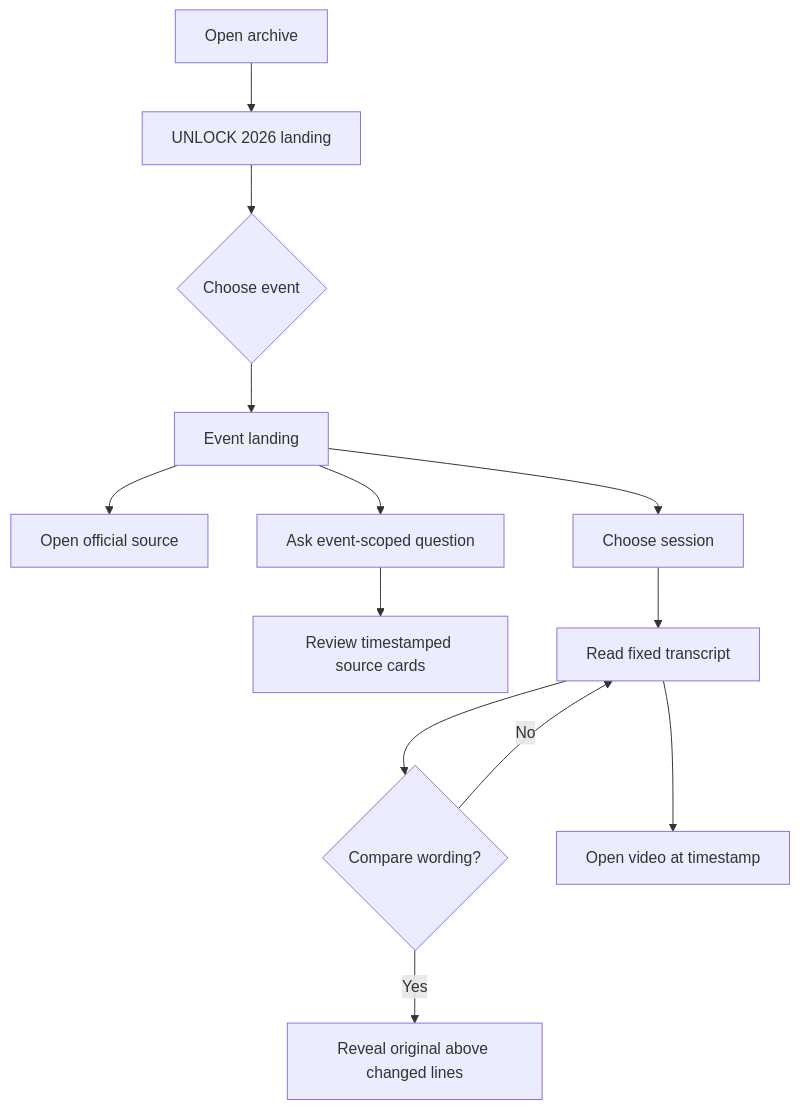
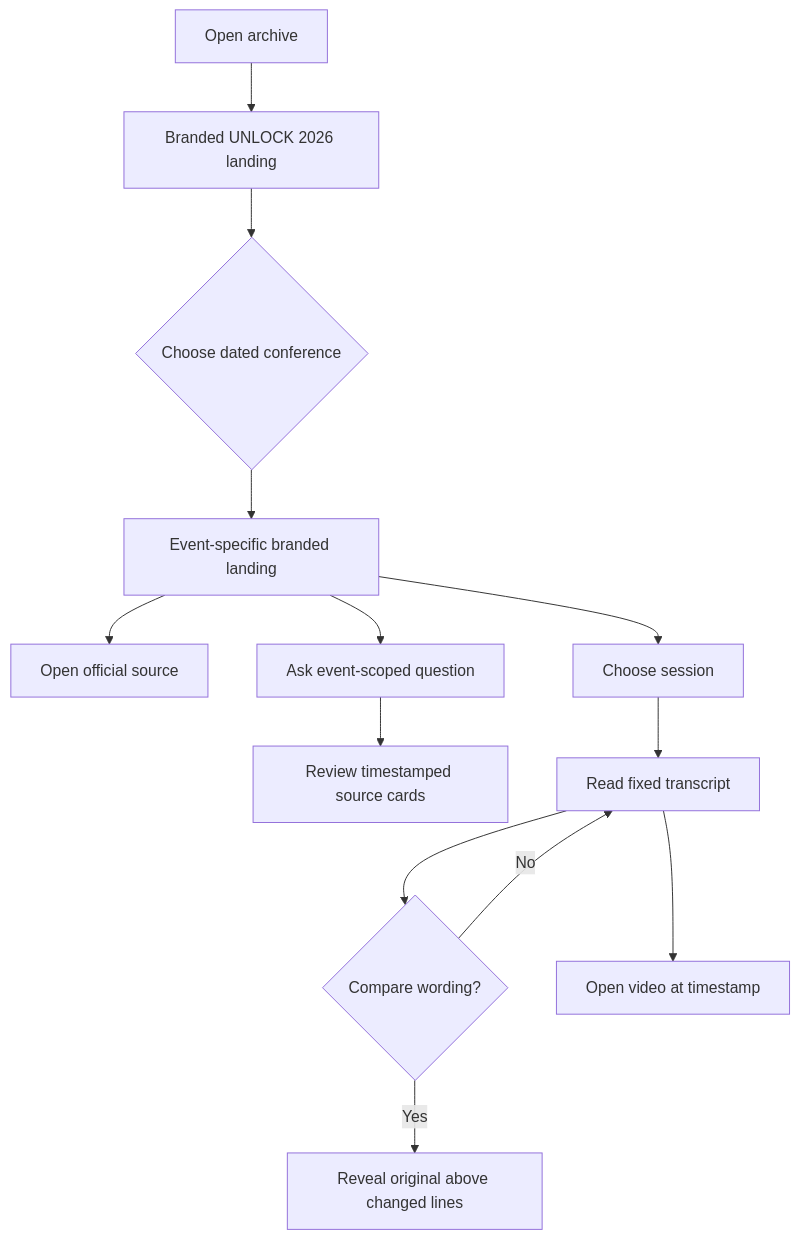
The third of 3 diagrams in architecture.md (johnpfeiffer/conferences), drawn with Mermaid before and after one commit. The commit also changed other lines of this file and 14 other files, not shown here.

````diff
--- a/architecture.md
+++ b/architecture.md
@@ -64,15 +72,15 @@
 ```mermaid
 flowchart TD
-    OPEN[Open archive] --> DEFAULT[UNLOCK 2026 landing]
-    DEFAULT --> SWITCH{Choose event}
-    SWITCH --> EVENT[Event landing]
+    OPEN[Open archive] --> DEFAULT[Branded UNLOCK 2026 landing]
+    DEFAULT --> SWITCH{Choose dated conference}
+    SWITCH --> EVENT[Event-specific branded landing]
     EVENT --> SOURCE[Open official source]
     EVENT --> ASK[Ask event-scoped question]
     ASK --> EVIDENCE[Review timestamped source cards]
     EVENT --> SESSION[Choose session]
     SESSION --> FIXED[Read fixed transcript]
     FIXED --> COMPARE{Compare wording?}
     COMPARE -->|Yes| ORIGINAL[Reveal original above changed lines]
     COMPARE -->|No| FIXED
     FIXED --> MOMENT[Open video at timestamp]
 ```
````
